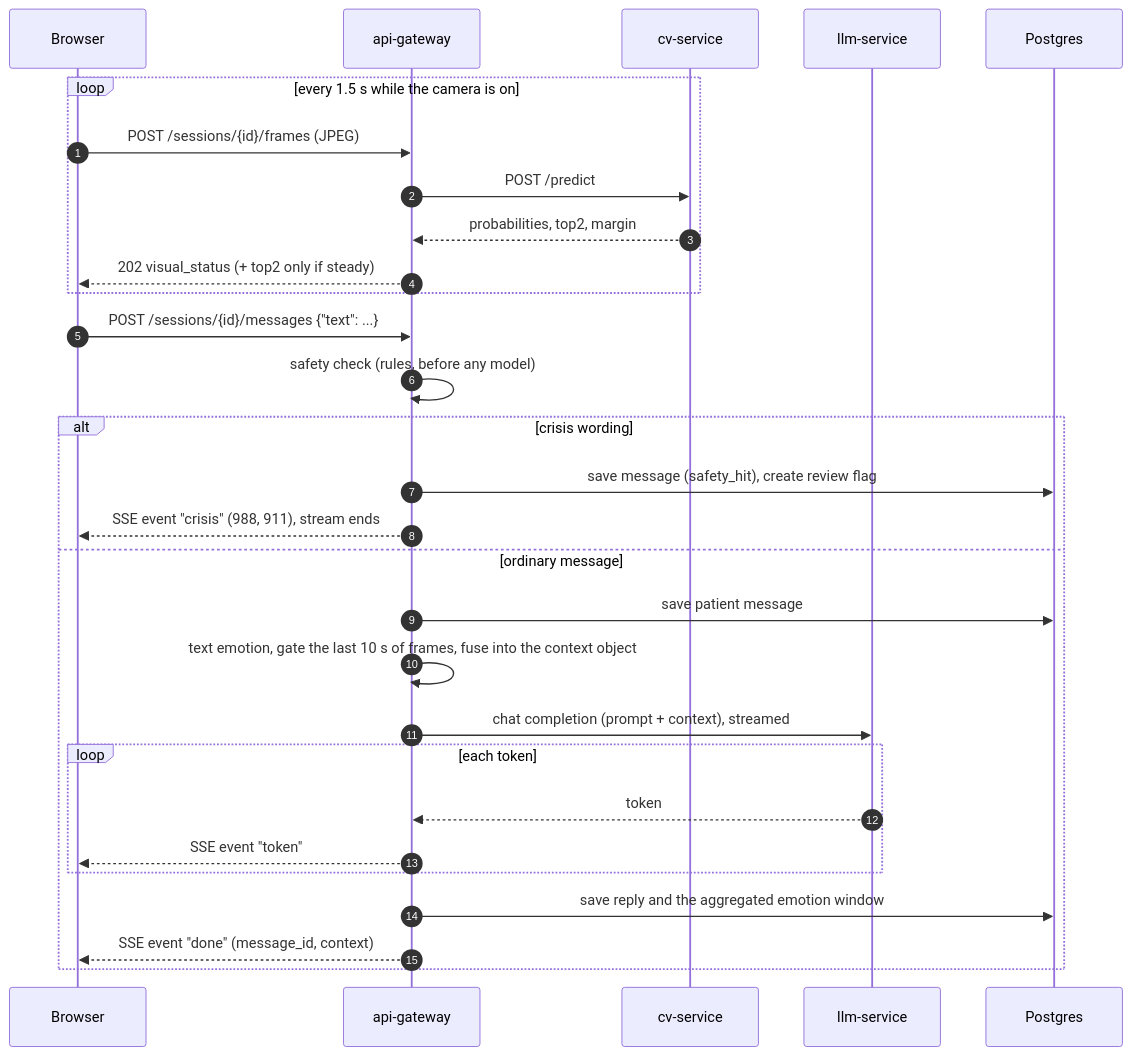
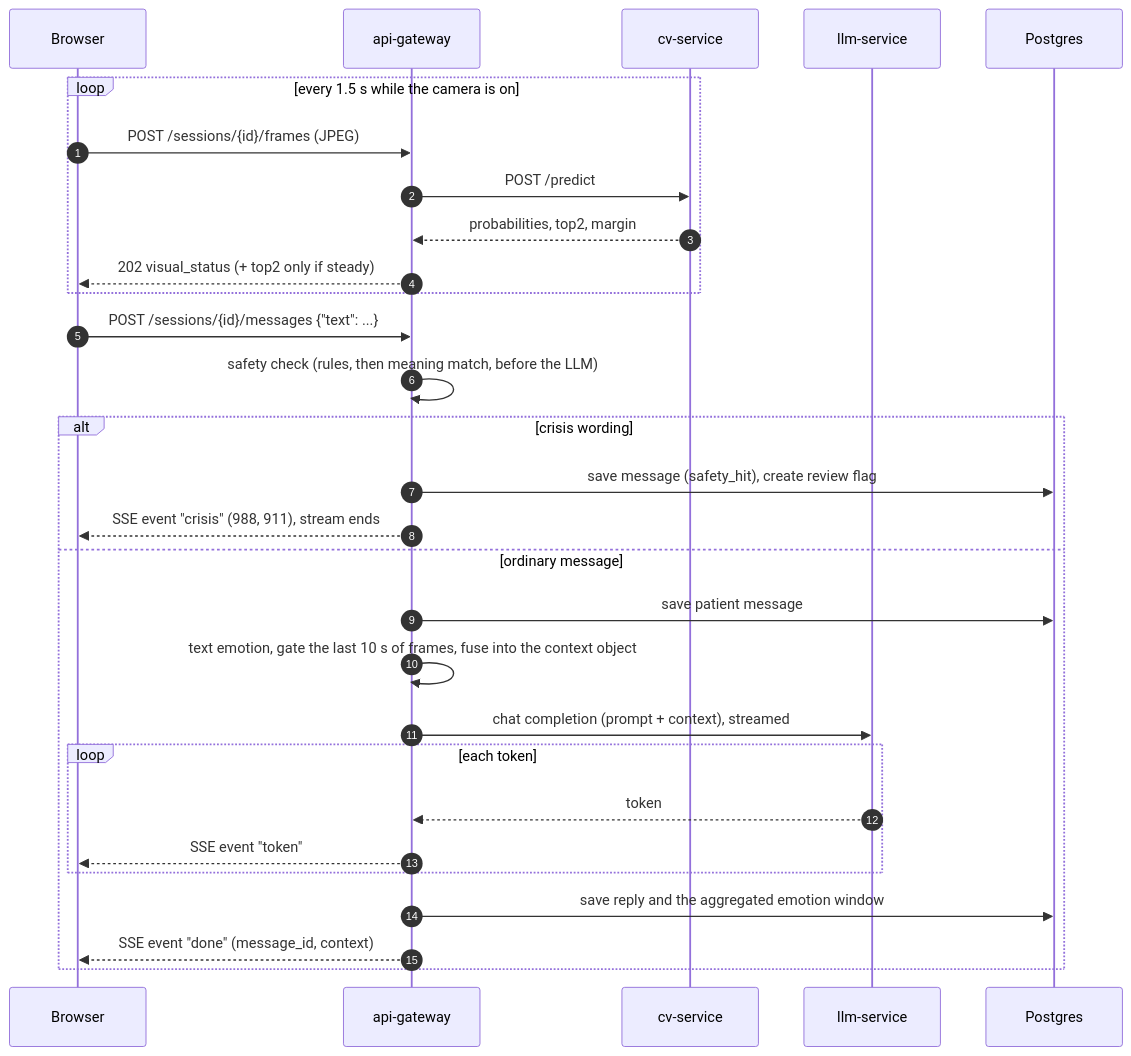
Before and after one commit to mirror-ac215/AC215_Mirror: the fourth of 4 diagrams in docs/design.md, drawn with Mermaid. The commit also changed other lines of this file and 2 other files, not shown here.

````diff
--- a/docs/design.md
+++ b/docs/design.md
@@ -195,33 +195,33 @@
 ```mermaid
 sequenceDiagram
     autonumber
     participant B as Browser
     participant G as api-gateway
     participant C as cv-service
     participant L as llm-service
     participant D as Postgres
 
     loop every 1.5 s while the camera is on
         B->>G: POST /sessions/{id}/frames (JPEG)
         G->>C: POST /predict
         C-->>G: probabilities, top2, margin
         G-->>B: 202 visual_status (+ top2 only if steady)
     end
 
     B->>G: POST /sessions/{id}/messages {"text": ...}
-    G->>G: safety check (rules, before any model)
+    G->>G: safety check (rules, then meaning match, before the LLM)
     alt crisis wording
         G->>D: save message (safety_hit), create review flag
         G-->>B: SSE event "crisis" (988, 911), stream ends
     else ordinary message
         G->>D: save patient message
         G->>G: text emotion, gate the last 10 s of frames, fuse into the context object
         G->>L: chat completion (prompt + context), streamed
         loop each token
             L-->>G: token
             G-->>B: SSE event "token"
         end
         G->>D: save reply and the aggregated emotion window
         G-->>B: SSE event "done" (message_id, context)
     end
 ```
````
